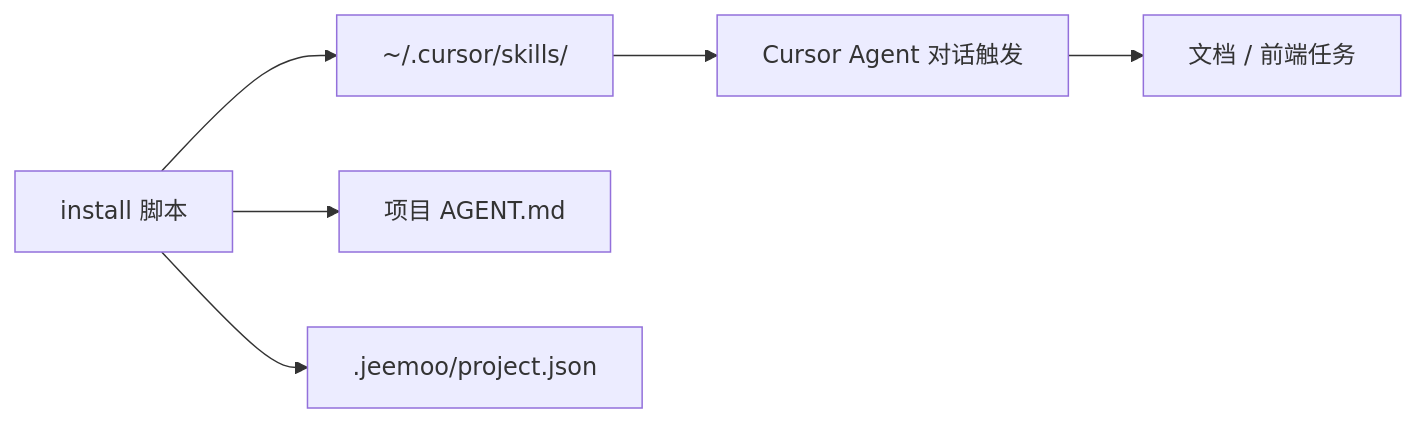
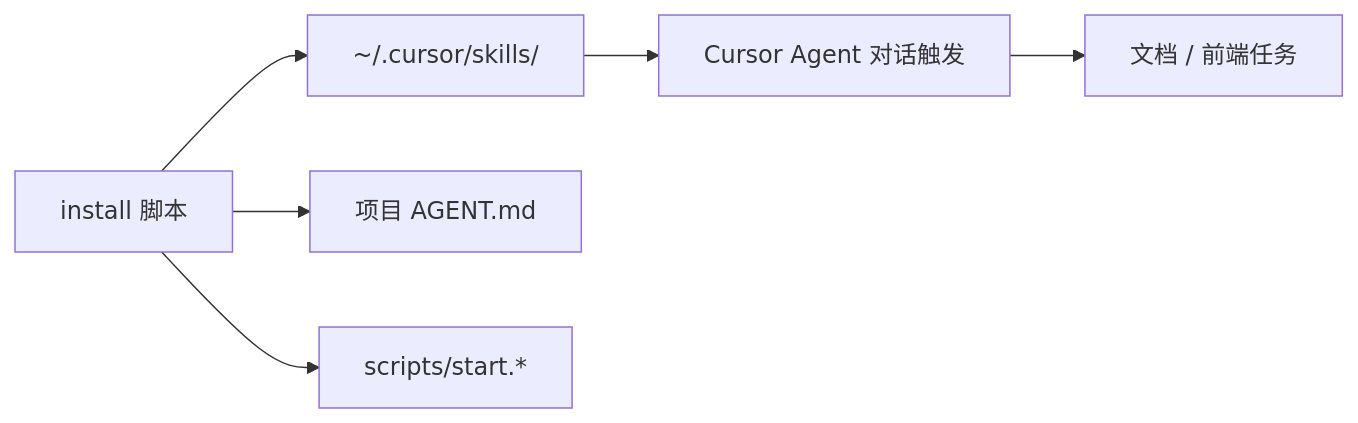
The first of 3 diagrams in doc/README.md (jeemoonet/jeemookit), drawn with Mermaid before and after one commit. The commit also changed other lines of this file and 230 other files, not shown here.

````diff
--- a/doc/README.md
+++ b/doc/README.md
@@ -21,8 +21,8 @@
 ```mermaid
 flowchart LR
     I[install 脚本] --> S[~/.cursor/skills/]
     I --> A[项目 AGENT.md]
-    I --> P[.jeemoo/project.json]
+    I --> R[scripts/start.*]
     S --> U[Cursor Agent 对话触发]
     U --> D[文档 / 前端任务]
 ```
````
